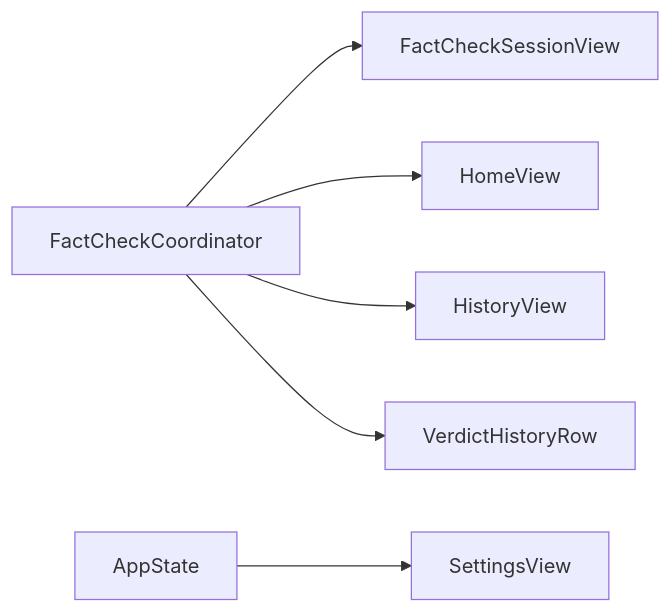
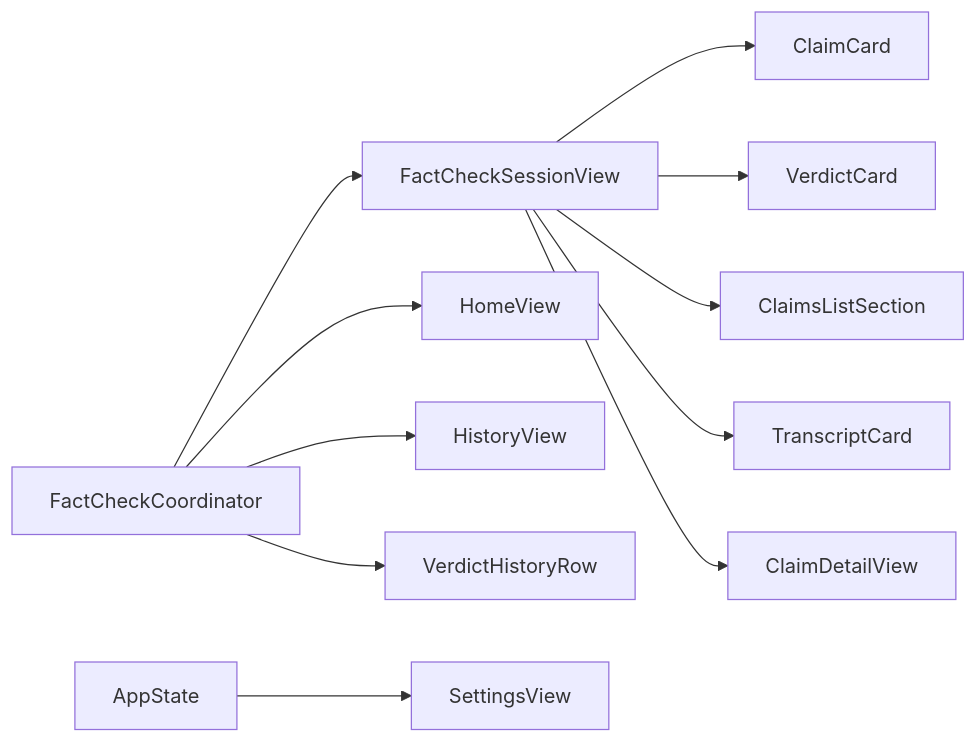
One commit to alexandreybasta-cyber/factshield-ios changed the ninth of 10 diagrams in .qoder/repowiki/en/content/UI Components and Views/UI Components and Views.md. Above: the diagram before and after it, drawn with Mermaid. The commit also changed other lines of this file and 97 other files, not shown here.

````diff
--- a/.qoder/repowiki/en/content/UI Components and Views/UI Components and Views.md
+++ b/.qoder/repowiki/en/content/UI Components and Views/UI Components and Views.md
@@ -378,8 +399,13 @@
 ```mermaid
 graph LR
 FactCheckCoordinator --> FactCheckSessionView
 FactCheckCoordinator --> HomeView
 AppState --> SettingsView
 FactCheckCoordinator --> HistoryView
 FactCheckCoordinator --> VerdictHistoryRow
+FactCheckSessionView --> ClaimCard
+FactCheckSessionView --> VerdictCard
+FactCheckSessionView --> ClaimsListSection
+FactCheckSessionView --> TranscriptCard
+FactCheckSessionView --> ClaimDetailView
 ```
````
